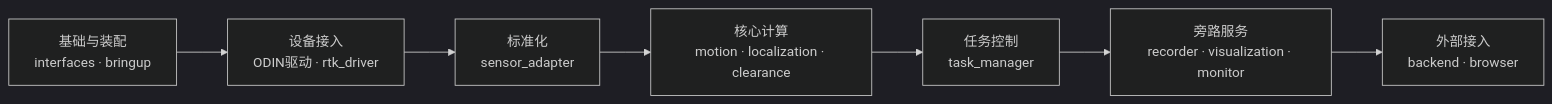
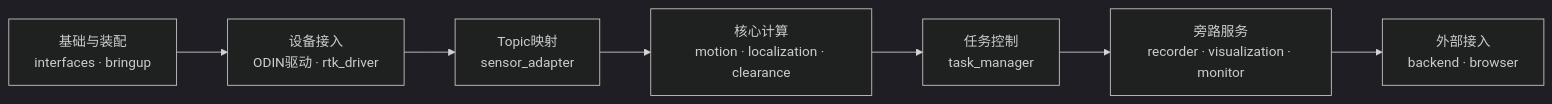
Before and after one commit to chuan126/capture_system: the first of 2 diagrams in docs/architecture/ros2_architecture.md, drawn with Mermaid (dark theme). The commit also changed other lines of this file and 13 other files, not shown here.

````diff
--- a/docs/architecture/ros2_architecture.md
+++ b/docs/architecture/ros2_architecture.md
@@ -29,14 +29,14 @@
 ```mermaid
 %%{init: {"flowchart": {"curve": "linear", "nodeSpacing": 50, "rankSpacing": 60}}}%%
 flowchart LR
     FOUNDATION["基础与装配\ninterfaces · bringup"]
     ACCESS["设备接入\nODIN驱动 · rtk_driver"]
-    STANDARD["标准化\nsensor_adapter"]
+    STANDARD["Topic映射\nsensor_adapter"]
     CORE["核心计算\nmotion · localization · clearance"]
     CONTROL["任务控制\ntask_manager"]
     SERVICES["旁路服务\nrecorder · visualization · monitor"]
     EXTERNAL["外部接入\nbackend · browser"]
 
     FOUNDATION --> ACCESS --> STANDARD --> CORE
     CORE --> CONTROL --> SERVICES --> EXTERNAL
 ```
````
